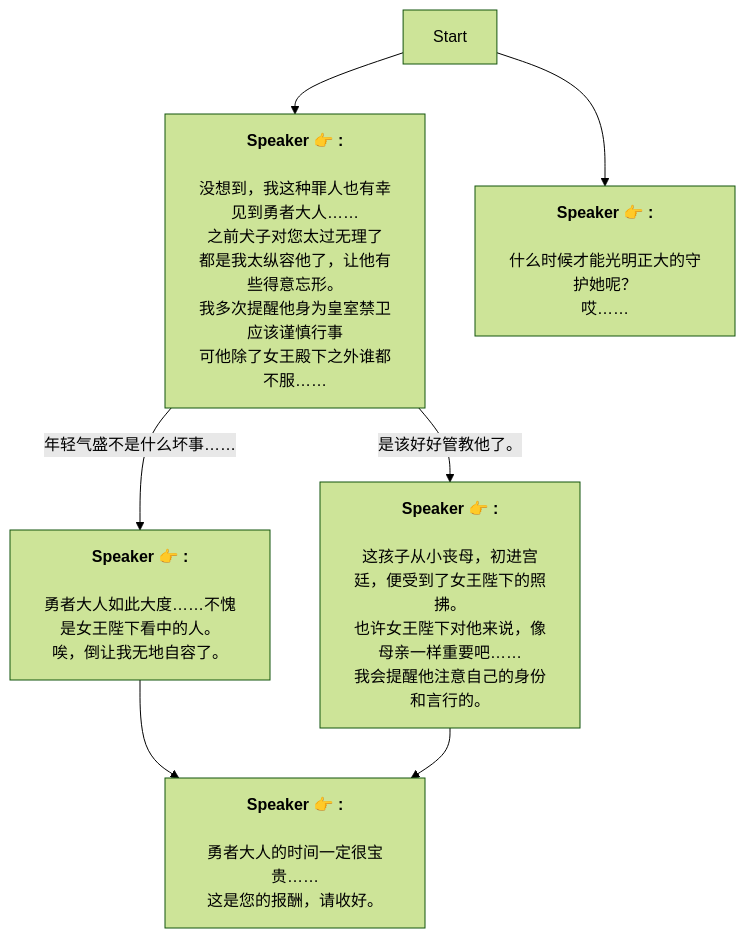
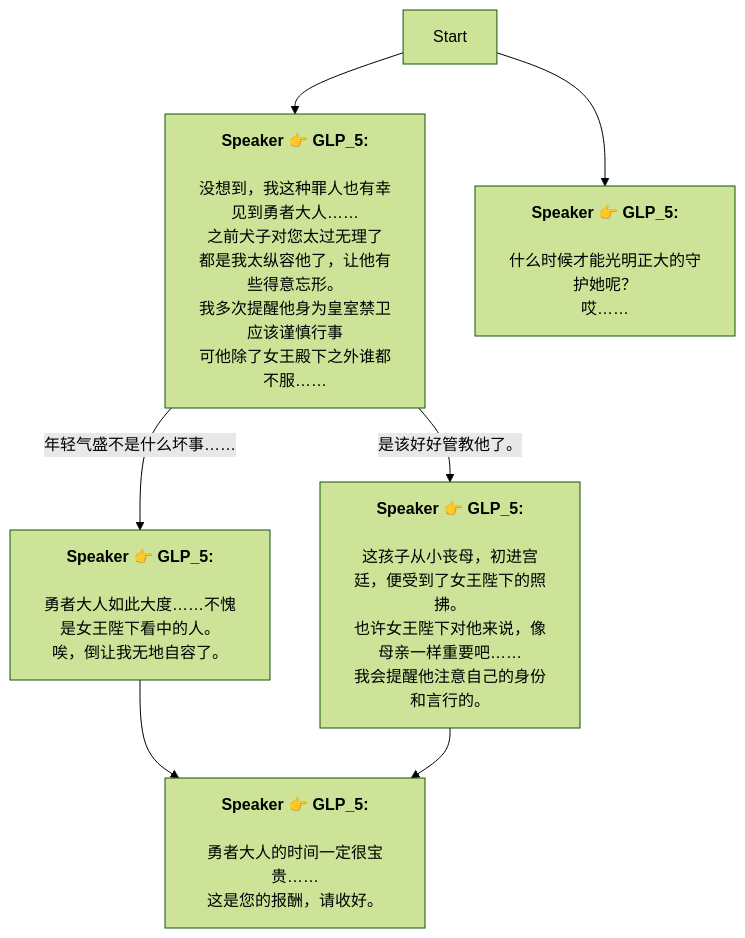
Before and after one commit to SoftHu/tos_avg: the diagram in Zh/GLP_4.md, drawn with Mermaid (forest theme). The commit also changed 410 other files, not shown here.

````diff
--- a/Zh/GLP_4.md
+++ b/Zh/GLP_4.md
@@ -1,23 +1,23 @@
 ```mermaid
 graph
-Start -->1719164382430250[<b>Speaker 👉 :</b>
+Start -->1719164382430250[<b>Speaker 👉 GLP_5:</b>
 \n没想到，我这种罪人也有幸见到勇者大人……\n之前犬子对您太过无理了
 都是我太纵容他了，让他有些得意忘形。\n我多次提醒他身为皇室禁卫应该谨慎行事
 可他除了女王殿下之外谁都不服……]
-1719164382430250 -->|年轻气盛不是什么坏事……|1719170460340272[<b>Speaker 👉 :</b>
+1719164382430250 -->|年轻气盛不是什么坏事……|1719170460340272[<b>Speaker 👉 GLP_5:</b>
 \n勇者大人如此大度……不愧是女王陛下看中的人。
 唉，倒让我无地自容了。]
-1719164382430250 -->|是该好好管教他了。|1719170465625137[<b>Speaker 👉 :</b>
+1719164382430250 -->|是该好好管教他了。|1719170465625137[<b>Speaker 👉 GLP_5:</b>
 \n这孩子从小丧母，初进宫廷，便受到了女王陛下的照拂。
 也许女王陛下对他来说，像母亲一样重要吧……\n我会提醒他注意自己的身份和言行的。]
-1719170460340272 -->1719171115381810[<b>Speaker 👉 :</b>
+1719170460340272 -->1719171115381810[<b>Speaker 👉 GLP_5:</b>
 \n勇者大人的时间一定很宝贵……
 这是您的报酬，请收好。]
-1719170465625137 -->1719171115381810[<b>Speaker 👉 :</b>
+1719170465625137 -->1719171115381810[<b>Speaker 👉 GLP_5:</b>
 \n勇者大人的时间一定很宝贵……
 这是您的报酬，请收好。]
-Start -->1724023778065461[<b>Speaker 👉 :</b>
+Start -->1724023778065461[<b>Speaker 👉 GLP_5:</b>
 \n什么时候才能光明正大的守护她呢？
 哎……]
 
 ```
````
